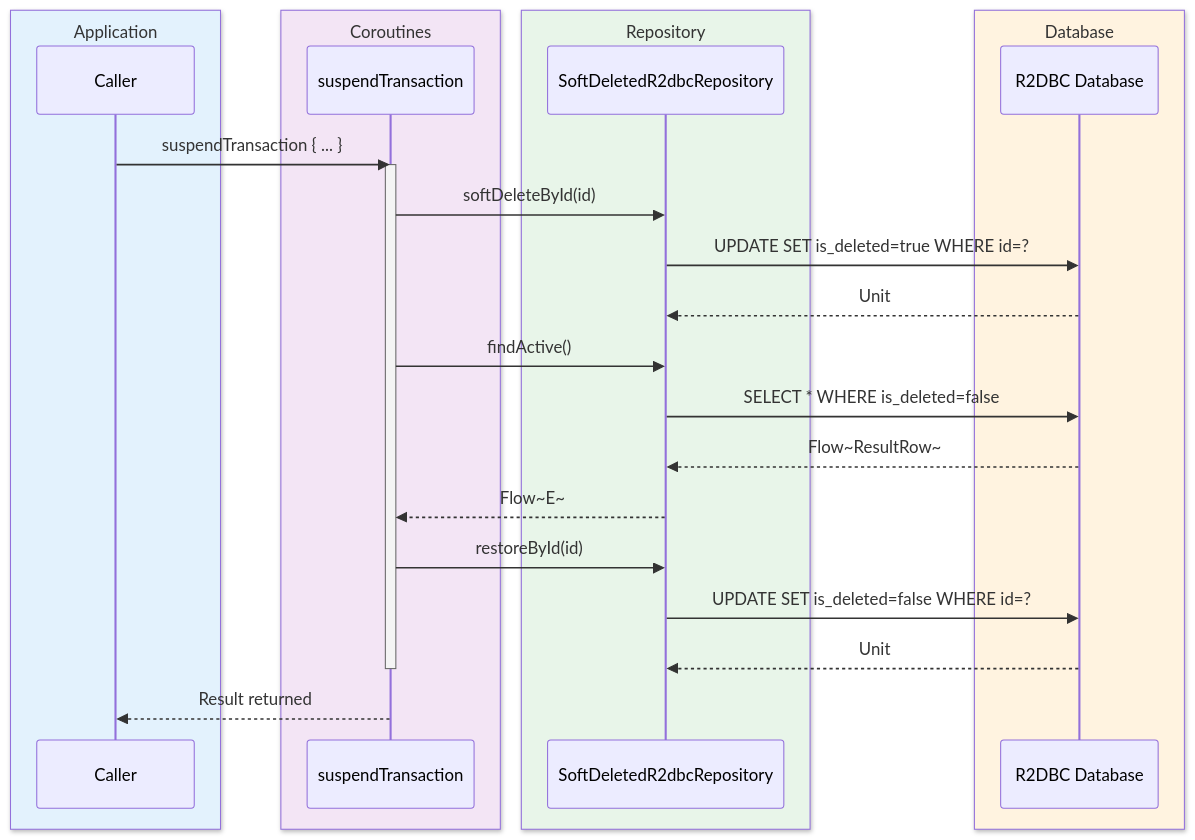
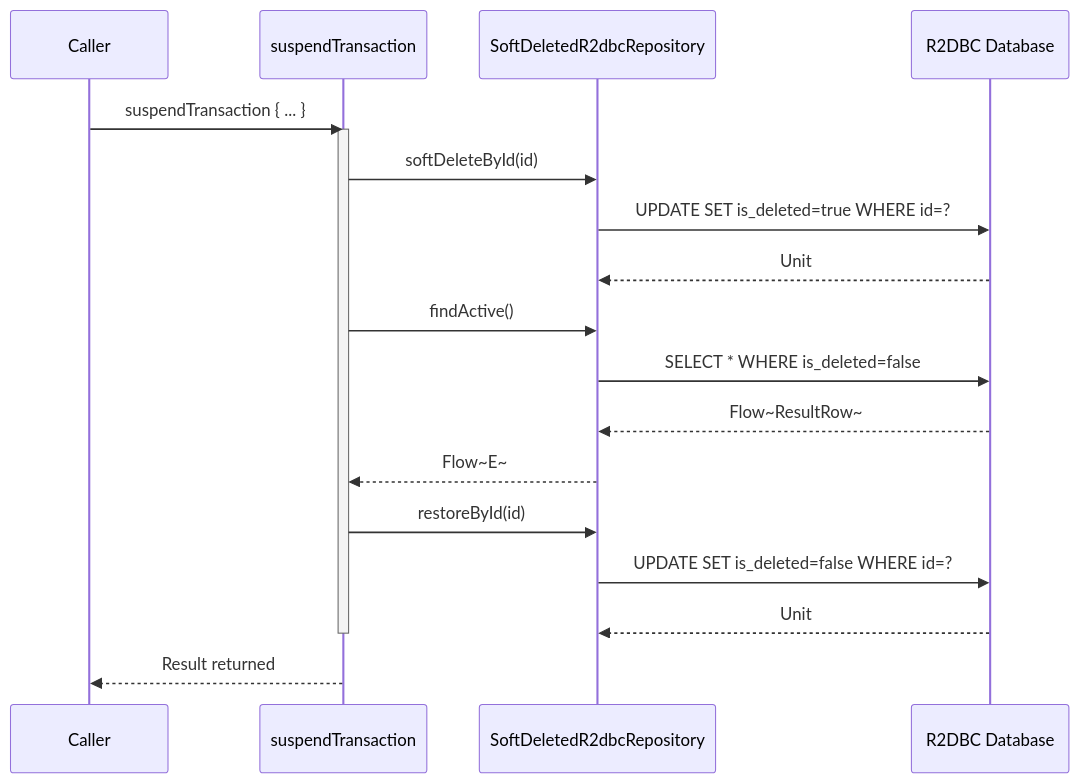
The fourth of 4 diagrams in data/exposed-r2dbc/README.md (bluetape4k/bluetape4k-projects), drawn with Mermaid before and after one commit. The commit also changed other lines of this file and 219 other files, not shown here.

First line of the commit message:
docs: 전체 README Mermaid 다이어그램 가이드 적용

````diff
--- a/data/exposed-r2dbc/README.md
+++ b/data/exposed-r2dbc/README.md
@@ -329,34 +321,26 @@
 ```mermaid
 sequenceDiagram
-    box rgb(227, 242, 253) Application
         participant C as Caller
-    end
-    box rgb(243, 229, 245) Coroutines
         participant T as suspendTransaction
-    end
-    box rgb(232, 245, 233) Repository
         participant R as SoftDeletedR2dbcRepository
-    end
-    box rgb(255, 243, 224) Database
         participant DB as R2DBC Database
-    end
 
     C->>T: suspendTransaction { ... }
     activate T
 
     T->>R: softDeleteById(id)
     R->>DB: UPDATE SET is_deleted=true WHERE id=?
     DB-->>R: Unit
 
     T->>R: findActive()
     R->>DB: SELECT * WHERE is_deleted=false
     DB-->>R: Flow~ResultRow~
     R-->>T: Flow~E~
 
     T->>R: restoreById(id)
     R->>DB: UPDATE SET is_deleted=false WHERE id=?
     DB-->>R: Unit
 
     deactivate T
     T-->>C: Result returned
 ```
````
